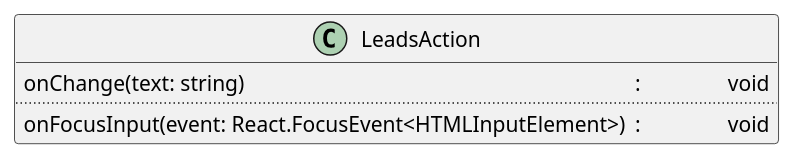
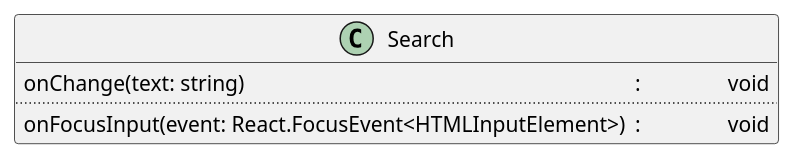
Before and after one commit to avasoft-mobility/workday-design: the diagram in frontend/components/search/search.class.puml, drawn with PlantUML. The commit also changed 8 other files, not shown here.

```diff
--- a/frontend/components/search/search.class.puml
+++ b/frontend/components/search/search.class.puml
@@ -1,9 +1,9 @@
 @startuml Search class diagram
 
-class LeadsAction {
+class Search {
   onChange(text: string)\t\t\t\t\t\t\t\t\t: \t\t void
   ..
   onFocusInput(event: React.FocusEvent<HTMLInputElement>)\t: \t\t void
 }
 
 @enduml
```
